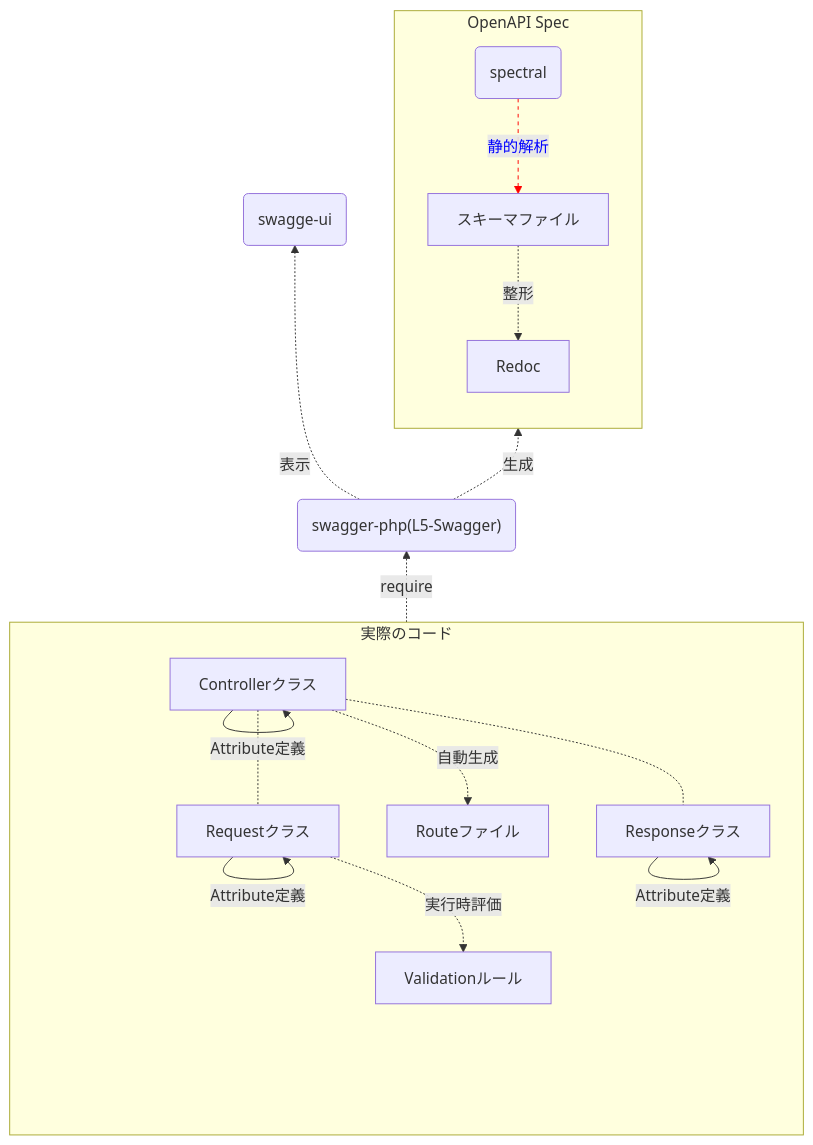
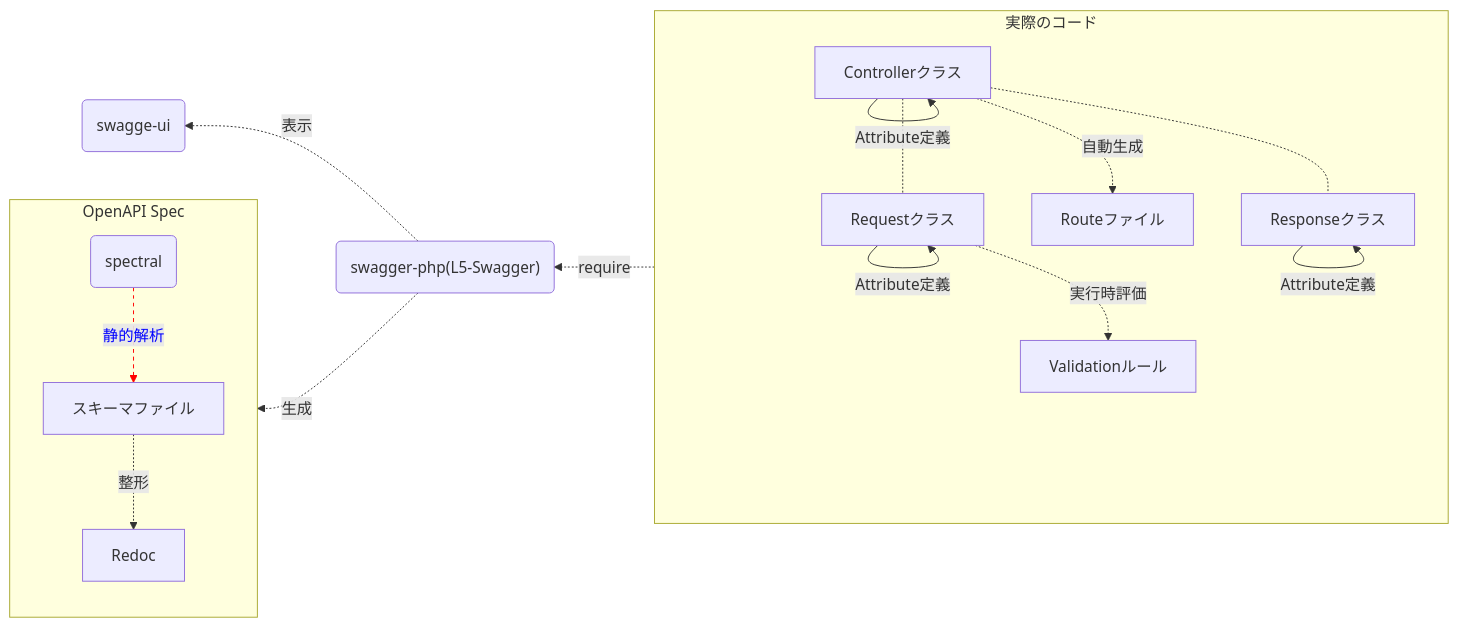
The seventh of 9 diagrams in slides.md (k2tzumi/schema-driven-development-flow), drawn with Mermaid before and after one commit.

````diff
--- a/slides.md
+++ b/slides.md
@@ -347,32 +347,32 @@
 ```mermaid {scale: 0.8}
-flowchart BT
+flowchart RL
     subgraph Code[実際のコード]
       direction TB
       Controller[Controllerクラス] -->|Attribute定義|Controller
       Request[Requestクラス] -->|Attribute定義|Request
       Response[Responseクラス] -->|Attribute定義|Response
 
       Controller -.- Request & Response
 
       Request -.->|実行時評価|Validation[Validationルール]
       Controller -.->|自動生成|Route[Routeファイル]
     end
 
     Code -.->|require| Swagger("swagger-php(L5-Swagger)")
 
     Swagger -.->|表示| Swagger-ui(swagge-ui)
     Swagger -.->|生成| Schema
 
     subgraph OAS[OpenAPI Spec]
       direction TB
       Linter(spectral) -.->|静的解析|Schema[スキーマファイル]
       Schema -.->|整形|Html[Redoc]
     end
 
     click Schema "https://www.openapis.org/" _blank
     click Swagger "https://github.com/zircote/swagger-php" _blank
     click Linter "https://github.com/stoplightio/spectral" _blank
     click Html "https://github.com/Redocly/redoc" _blank
 
     linkStyle 10 stroke:#ff0000,stroke-dasharray:4,color:blue
 ```
````
